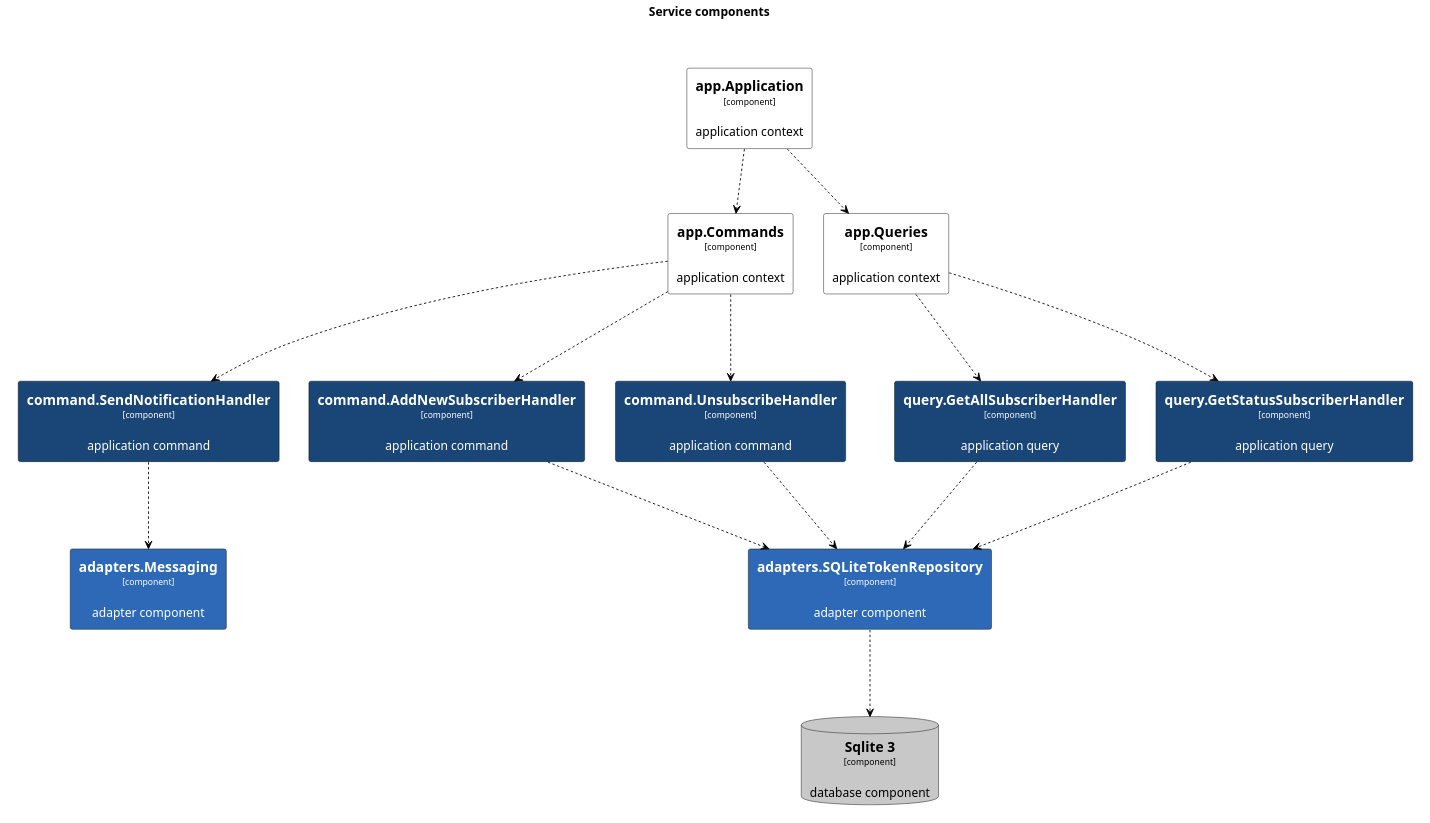
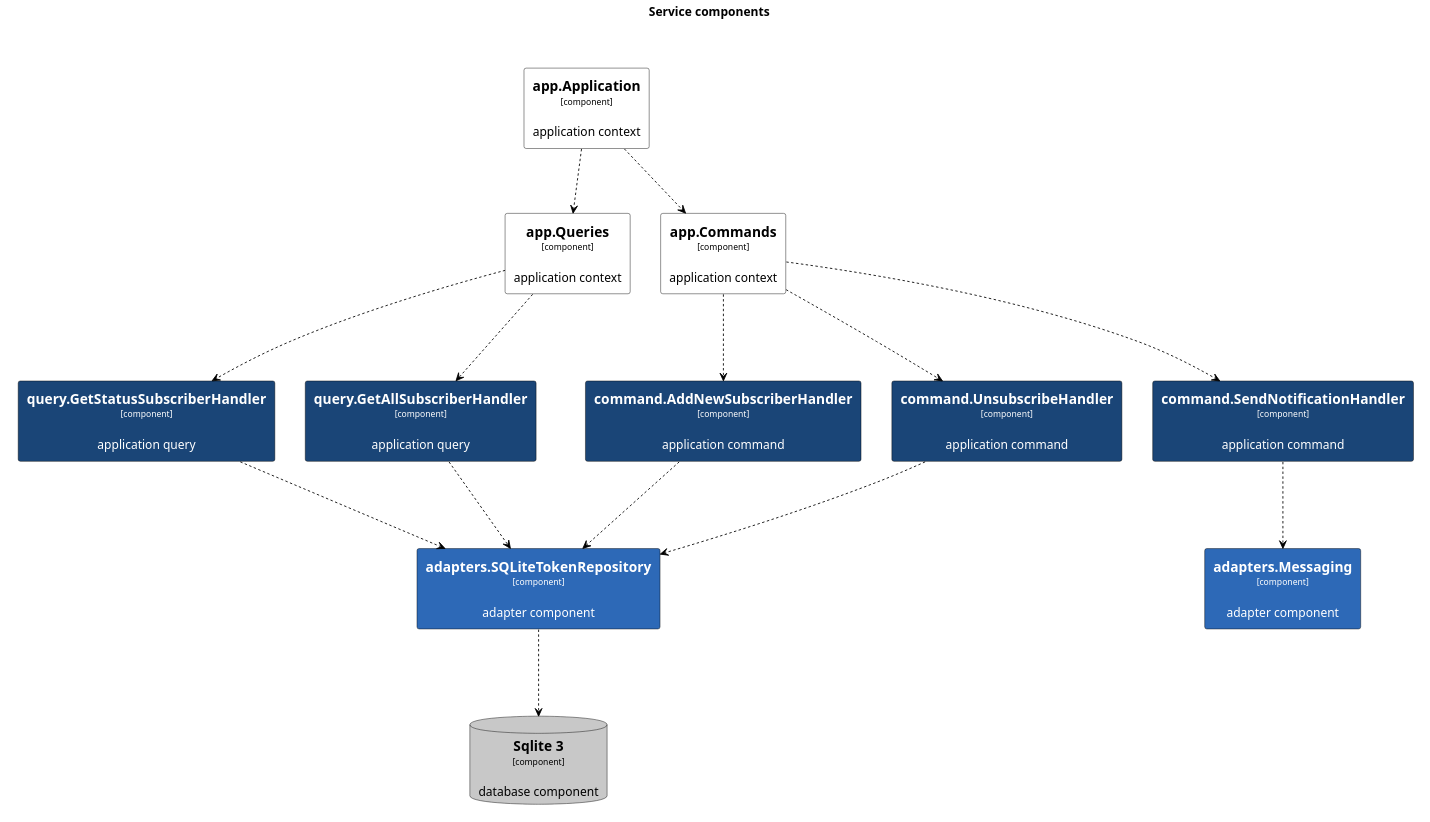
Before and after one commit to jerensl/api.jerenslensun.com: the diagram in tools/c4/out/view-notification.plantuml, drawn with PlantUML. The commit also changed 22 other files, not shown here.

```diff
--- a/tools/c4/out/view-notification.plantuml
+++ b/tools/c4/out/view-notification.plantuml
@@ -4,98 +4,98 @@
 @startuml
 
 title Service components
 
 skinparam {
   shadowing false
   arrowFontSize 10
   defaultTextAlignment center
   wrapWidth 200
   maxMessageSize 100
 }
 hide stereotype
 top to bottom direction
 
 scale 4096 width
 
 skinparam rectangle<<_GROUP>> {
   FontColor #ffffff
   BorderColor #ffffff
 }
 
+skinparam rectangle<<DOMAIN>> {
+  BackgroundColor #ffffff
+  FontColor #000000
+  BorderColor #000000
+}
+
+skinparam database<<DB>> {
+  BackgroundColor #c8c8c8
+  FontColor #000000
+  BorderColor #000000
+}
+
 skinparam rectangle<<ROOT>> {
   BackgroundColor #ffffff
   FontColor #000000
   BorderColor #000000
 }
 
 skinparam rectangle<<APP>> {
   BackgroundColor #1a4577
   FontColor #ffffff
   BorderColor #000000
 }
 
 skinparam rectangle<<ADAPTER>> {
   BackgroundColor #2d69b7
   FontColor #ffffff
   BorderColor #000000
 }
 
-skinparam rectangle<<DOMAIN>> {
-  BackgroundColor #ffffff
-  FontColor #000000
-  BorderColor #000000
-}
-
-skinparam database<<DB>> {
-  BackgroundColor #c8c8c8
-  FontColor #000000
-  BorderColor #000000
-}
-
 rectangle 0ROOT <<_GROUP>> {
-	rectangle "==app.Commands\n<size:10>[component]</size>\n\napplication context" <<ROOT>> as 2640234945
+	rectangle "==app.Queries\n<size:10>[component]</size>\n\napplication context" <<ROOT>> as 1654094325
 }
 rectangle 0ROOT <<_GROUP>> {
 	rectangle "==app.Application\n<size:10>[component]</size>\n\napplication context" <<ROOT>> as 3014183467
 }
 rectangle 0ROOT <<_GROUP>> {
-	rectangle "==app.Queries\n<size:10>[component]</size>\n\napplication context" <<ROOT>> as 1654094325
+	rectangle "==app.Commands\n<size:10>[component]</size>\n\napplication context" <<ROOT>> as 2640234945
 }
-rectangle 26402349451APP <<_GROUP>> {
-	rectangle "==command.AddNewSubscriberHandler\n<size:10>[component]</size>\n\napplication command" <<APP>> as 256448832
+rectangle 16540943251APP <<_GROUP>> {
+	rectangle "==query.GetStatusSubscriberHandler\n<size:10>[component]</size>\n\napplication query" <<APP>> as 1339924498
 }
-2640234945 .[#000000].> 256448832 : ""
+1654094325 .[#000000].> 1339924498 : ""
+rectangle 16540943251APP <<_GROUP>> {
+	rectangle "==query.GetAllSubscriberHandler\n<size:10>[component]</size>\n\napplication query" <<APP>> as 1245755489
+}
+1654094325 .[#000000].> 1245755489 : ""
+3014183467 .[#000000].> 2640234945 : ""
+3014183467 .[#000000].> 1654094325 : ""
 rectangle 26402349451APP <<_GROUP>> {
 	rectangle "==command.SendNotificationHandler\n<size:10>[component]</size>\n\napplication command" <<APP>> as 2889279572
 }
 2640234945 .[#000000].> 2889279572 : ""
 rectangle 26402349451APP <<_GROUP>> {
 	rectangle "==command.UnsubscribeHandler\n<size:10>[component]</size>\n\napplication command" <<APP>> as 3563315582
 }
 2640234945 .[#000000].> 3563315582 : ""
-3014183467 .[#000000].> 2640234945 : ""
-3014183467 .[#000000].> 1654094325 : ""
-rectangle 16540943251APP <<_GROUP>> {
-	rectangle "==query.GetStatusSubscriberHandler\n<size:10>[component]</size>\n\napplication query" <<APP>> as 1339924498
+rectangle 26402349451APP <<_GROUP>> {
+	rectangle "==command.AddNewSubscriberHandler\n<size:10>[component]</size>\n\napplication command" <<APP>> as 256448832
 }
-1654094325 .[#000000].> 1339924498 : ""
-rectangle 16540943251APP <<_GROUP>> {
-	rectangle "==query.GetAllSubscriberHandler\n<size:10>[component]</size>\n\napplication query" <<APP>> as 1245755489
-}
-1654094325 .[#000000].> 1245755489 : ""
-rectangle 2564488322ADAPTER <<_GROUP>> {
+2640234945 .[#000000].> 256448832 : ""
+rectangle 13399244982ADAPTER <<_GROUP>> {
 	rectangle "==adapters.SQLiteTokenRepository\n<size:10>[component]</size>\n\nadapter component" <<ADAPTER>> as 1114428475
 }
-256448832 .[#000000].> 1114428475 : ""
+1339924498 .[#000000].> 1114428475 : ""
+1245755489 .[#000000].> 1114428475 : ""
 rectangle 28892795722ADAPTER <<_GROUP>> {
 	rectangle "==adapters.Messaging\n<size:10>[component]</size>\n\nadapter component" <<ADAPTER>> as 1121295562
 }
 2889279572 .[#000000].> 1121295562 : ""
 3563315582 .[#000000].> 1114428475 : ""
-1339924498 .[#000000].> 1114428475 : ""
-1245755489 .[#000000].> 1114428475 : ""
+256448832 .[#000000].> 1114428475 : ""
 rectangle 11144284753DB <<_GROUP>> {
 	database "==Sqlite 3\n<size:10>[component]</size>\n\ndatabase component" <<DB>> as 2896215565
 }
 1114428475 .[#000000].> 2896215565 : ""
 @enduml
```
